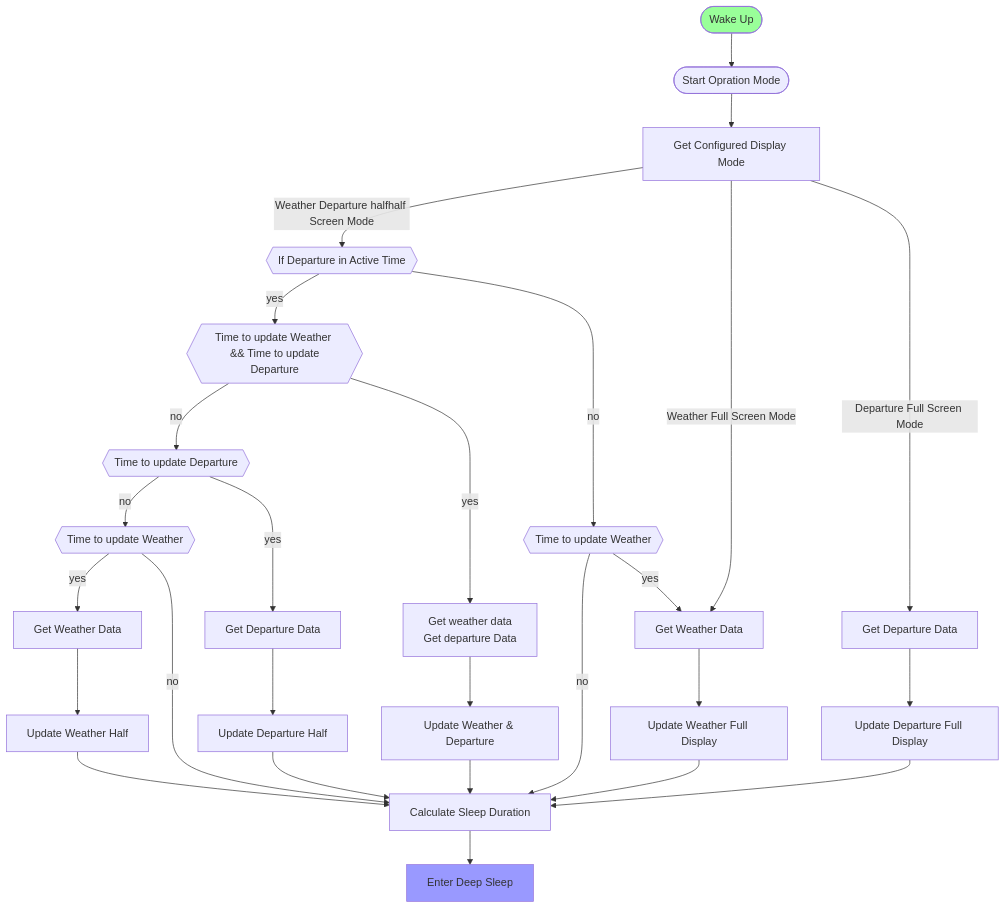
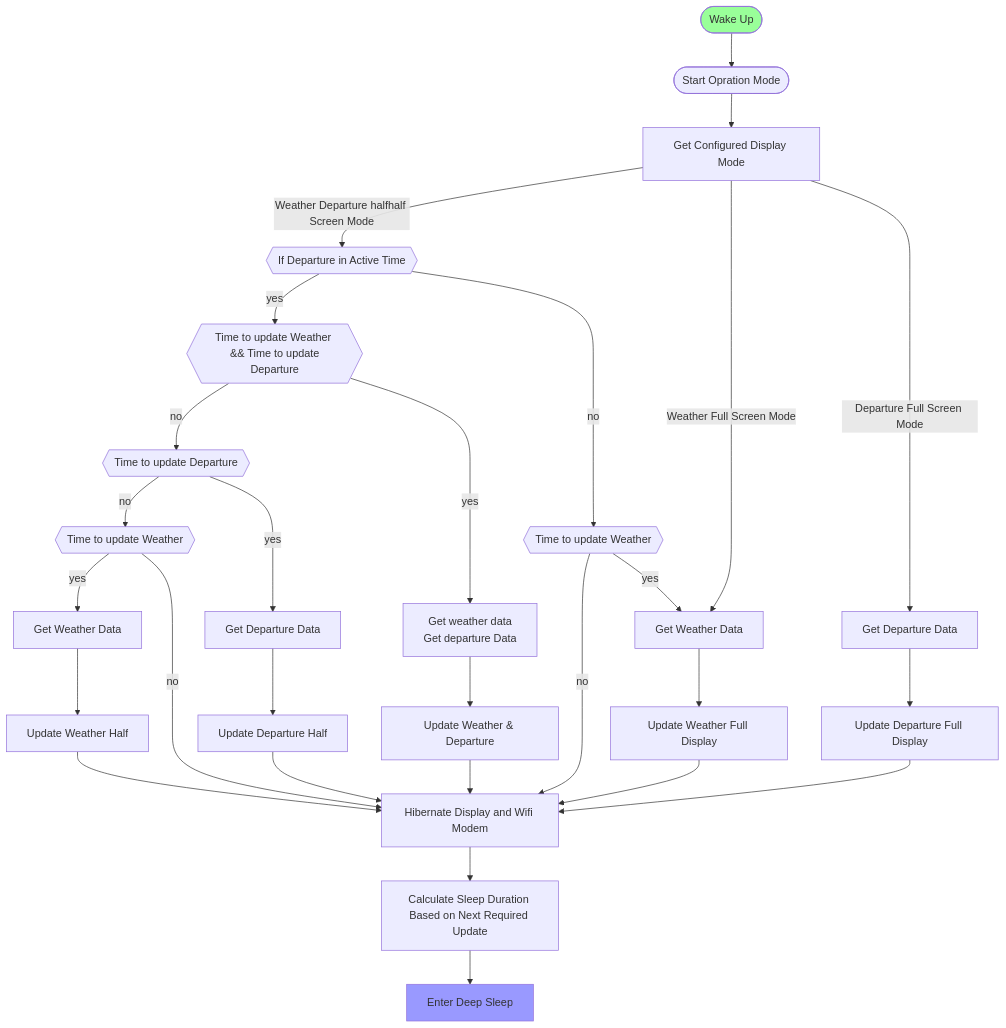
One commit to gogo-boot/e-board changed the diagram in docs/refresh-process.md. Above: the diagram before and after it, drawn with Mermaid. The commit also changed other lines of this file and 1 other file, not shown here.

````diff
--- a/docs/refresh-process.md
+++ b/docs/refresh-process.md
@@ -3,28 +3,29 @@
 ```mermaid
 flowchart TD
-    PrepareToSleep[Calculate Sleep Duration]
+    PrepareToSleep[Hibernate Display and Wifi Modem]
 %%  Getting Configured Display Mode
     Start([Wake Up]) --> StartOperation
     StartOperation([Start Opration Mode]) --> GetDisplayMode[Get Configured Display Mode]
     GetDisplayMode -->|Weather Departure halfhalf Screen Mode| IfDepartureActive{{If Departure in Active Time}}
     GetDisplayMode -->|Weather Full Screen Mode| GetWeather[Get Weather Data] --> UpdateWeather[Update Weather Full Display] --> PrepareToSleep
     GetDisplayMode -->|Departure Full Screen Mode| GetDeparture[Get Departure Data] --> UpdateDeparture[Update Departure Full Display] --> PrepareToSleep
 %%  Half Half Mode / If Departure is in Active Time
     IfDepartureActive -->|yes| IfNeedWeatherDeparture{{Time to update Weather \n && Time to update Departure}}
     IfDepartureActive -->|no| IfNeedWeatherUpdate{{Time to update Weather}}
 %%  If Departure is in Active Time / If Time to update Weather & Departure
     IfNeedWeatherDeparture -->|no| IfNeedDepartureUpdate{{Time to update Departure}}
     IfNeedWeatherDeparture -->|yes| GetWeatherDepartureData[Get weather data \n Get departure Data] --> DisplayWeatherDeparture[Update Weather & Departure] --> PrepareToSleep
 %%  If Time to update Weather & Departure / If Time to update Departure
     IfNeedDepartureUpdate -->|no| IfTimeToUpdateWeather{{Time to update Weather}}
     IfNeedDepartureUpdate -->|yes| GetDepartureData[Get Departure Data] --> DisplayDepartureHalf[Update Departure Half] --> PrepareToSleep
 %%  If Time to update Departure / If Time to update Weather
     IfTimeToUpdateWeather -->|yes| GetWeatherData[Get Weather Data] --> DisplayWeatherHalf[Update Weather Half] --> PrepareToSleep
     IfTimeToUpdateWeather -->|no| PrepareToSleep
 %%  If Departure is in Active Time / Time to update Weather
     IfNeedWeatherUpdate -->|no| PrepareToSleep
     IfNeedWeatherUpdate -->|yes| GetWeather
-    PrepareToSleep --> DeepSleep[Enter Deep Sleep]
+    PrepareToSleep --> CalculateSleepDuration[Calculate Sleep Duration Based on Next Required Update]
+    CalculateSleepDuration --> DeepSleep[Enter Deep Sleep]
     style Start fill: #99ff99
     style DeepSleep fill: #9999ff
 ```
````
